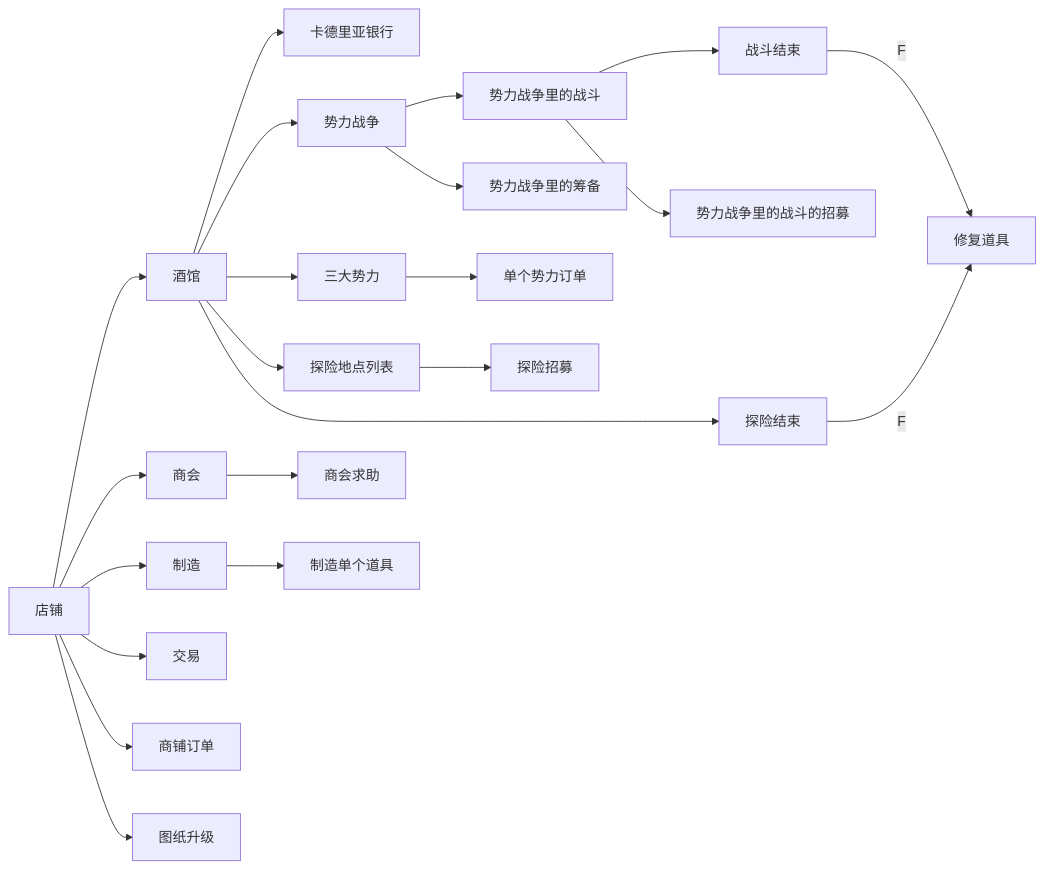
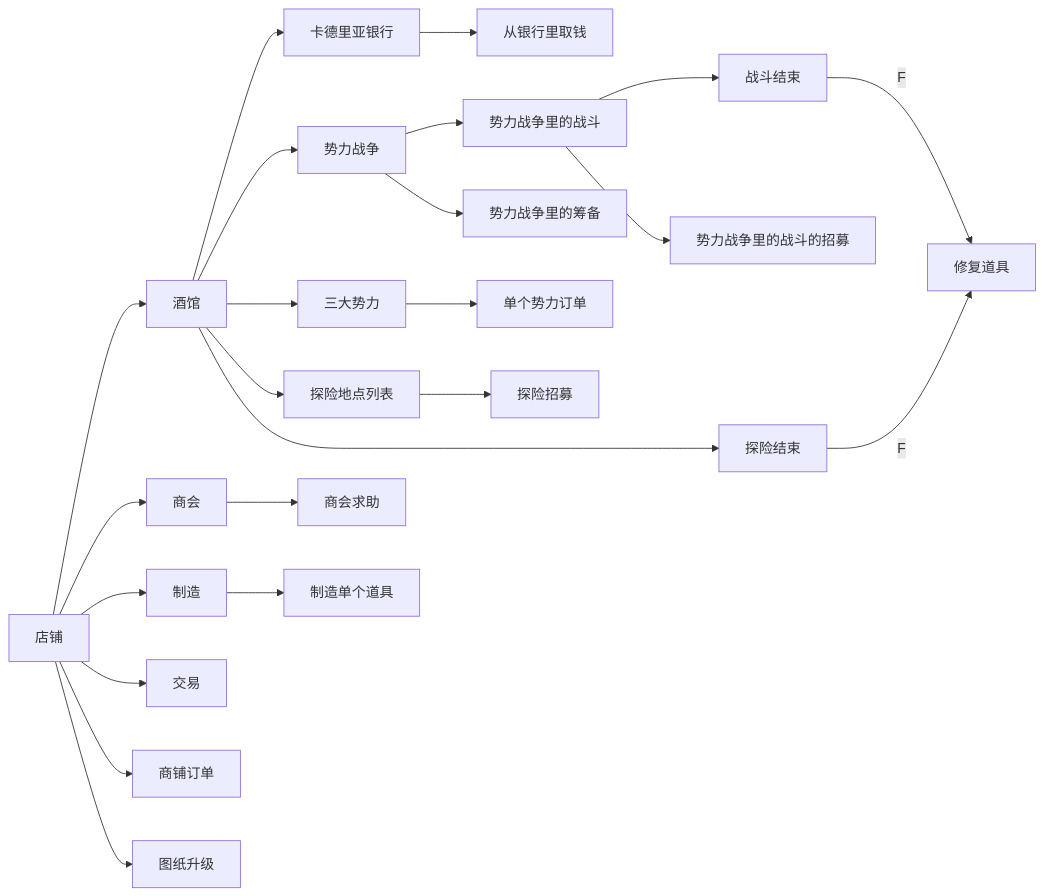
Before and after one commit to seedjyh/cadria_item_shop_robot: the first of 4 diagrams in doc/画面结构图.md, drawn with Mermaid. The commit also changed other lines of this file and 9 other files, not shown here.

````diff
--- a/doc/画面结构图.md
+++ b/doc/画面结构图.md
@@ -35,45 +36,47 @@
 ```mermaid
     graph LR
         Shop[店铺]
         Tavern[酒馆]
         Guild[商会]
         Deal[交易]
         Crafting[制造]
         OrderHelp[商会求助]
         ShopOrder[商铺订单]
-        CadriaBank[卡德里亚银行]
+        Bank[卡德里亚银行]
         FactionWar[势力战争]
         Battle[势力战争里的战斗]
         Preparation[势力战争里的筹备]
         Factions[三大势力]
         FactionOrders[单个势力订单]
         Adventure[探险地点列表]
         AdventureRecruitment[探险招募]
         AdventureFinished[探险结束]
         RepairItem[修复道具]
         CraftOneItem[制造单个道具]
         BlueprintUpgraded[图纸升级]
         BattleFinished[战斗结束]
         BattleRecruitment[势力战争里的战斗的招募]
+        RetrieveInterest[从银行里取钱]
         Shop --> Tavern
         Shop --> Guild
         Shop --> Crafting
         Shop --> Deal
         Guild --> OrderHelp
         Shop --> ShopOrder
-        Tavern --> CadriaBank
+        Tavern --> Bank
         Tavern --> FactionWar
         FactionWar --> Battle
         FactionWar --> Preparation
         Tavern --> Factions
         Factions --> FactionOrders
         Tavern --> Adventure
         Adventure --> AdventureRecruitment
         Tavern --> AdventureFinished
         AdventureFinished --F--> RepairItem
         Crafting --> CraftOneItem
         Shop --> BlueprintUpgraded
         Battle --> BattleFinished
         BattleFinished --F--> RepairItem
         Battle --> BattleRecruitment
+        Bank --> RetrieveInterest
 ```
````
